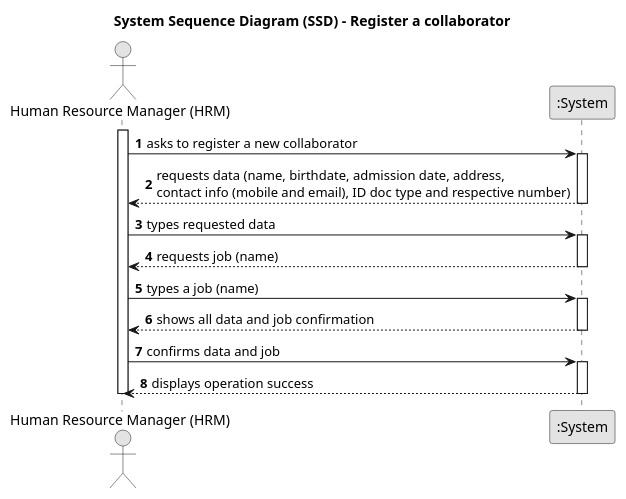
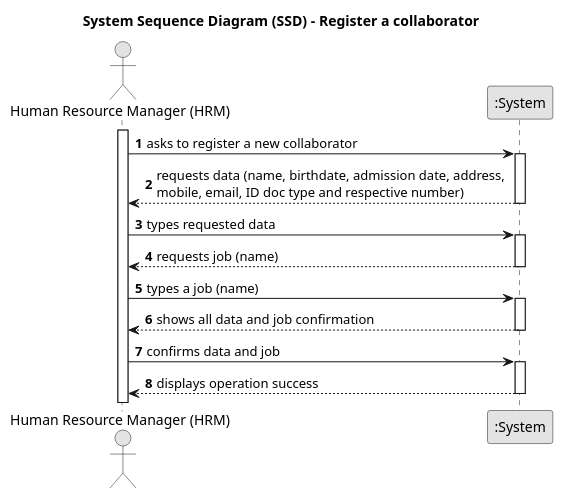
One commit to Departamento-de-Engenharia-Informatica/lei-24-s2-1db-g022 changed the diagram in docs/sprintA/us03/01.requirements-engineering/puml/us03-system-sequence-diagram-us03.puml. Above: the diagram before and after it, drawn with PlantUML. The commit also changed 5 other files, not shown here.

```diff
--- a/docs/sprintA/us03/01.requirements-engineering/puml/us03-system-sequence-diagram-us03.puml
+++ b/docs/sprintA/us03/01.requirements-engineering/puml/us03-system-sequence-diagram-us03.puml
@@ -1,39 +1,39 @@
 @startuml
 skinparam monochrome true
 skinparam packageStyle rectangle
 skinparam shadowing false
 
 title System Sequence Diagram (SSD) - Register a collaborator
 
 autonumber
 
 actor "Human Resource Manager (HRM)" as HRM
 participant ":System" as System
 
 activate HRM
 
     HRM -> System : asks to register a new collaborator
     activate System
 
-    System --> HRM : requests data (name, birthdate, admission date, address, \ncontact info (mobile and email), ID doc type and respective number)
+    System --> HRM : requests data (name, birthdate, admission date, address, \nmobile, email, ID doc type and respective number)
     deactivate System
 
     HRM -> System : types requested data
     activate System
 
     System --> HRM : requests job (name)
     deactivate System
 
     HRM -> System :  types a job (name)
     activate System
 
     System --> HRM : shows all data and job confirmation
     deactivate System
 
     HRM -> System : confirms data and job
     activate System
 
     System --> HRM : displays operation success
     deactivate System
-    deactivate HRM
+
 @enduml
```
